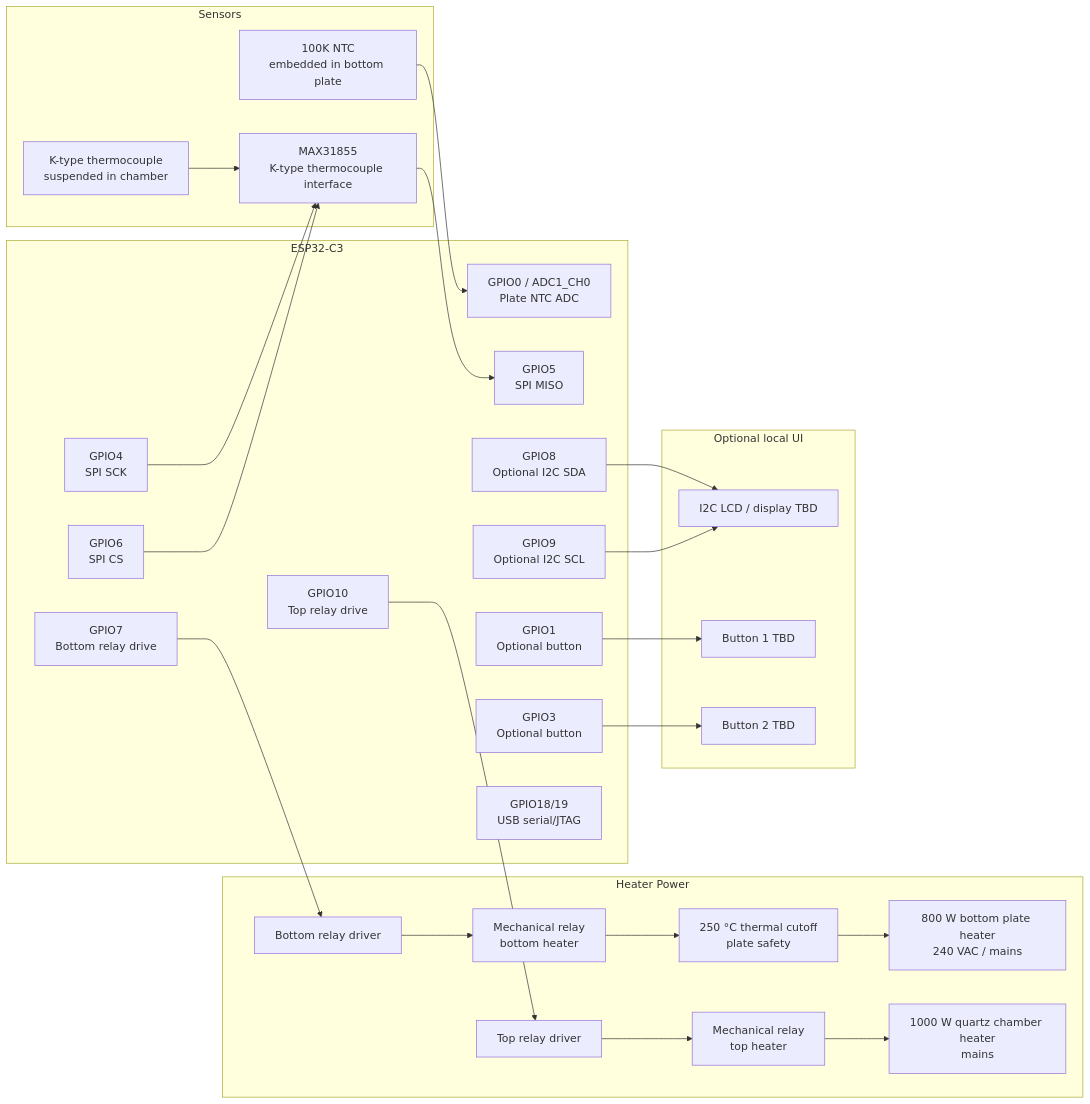
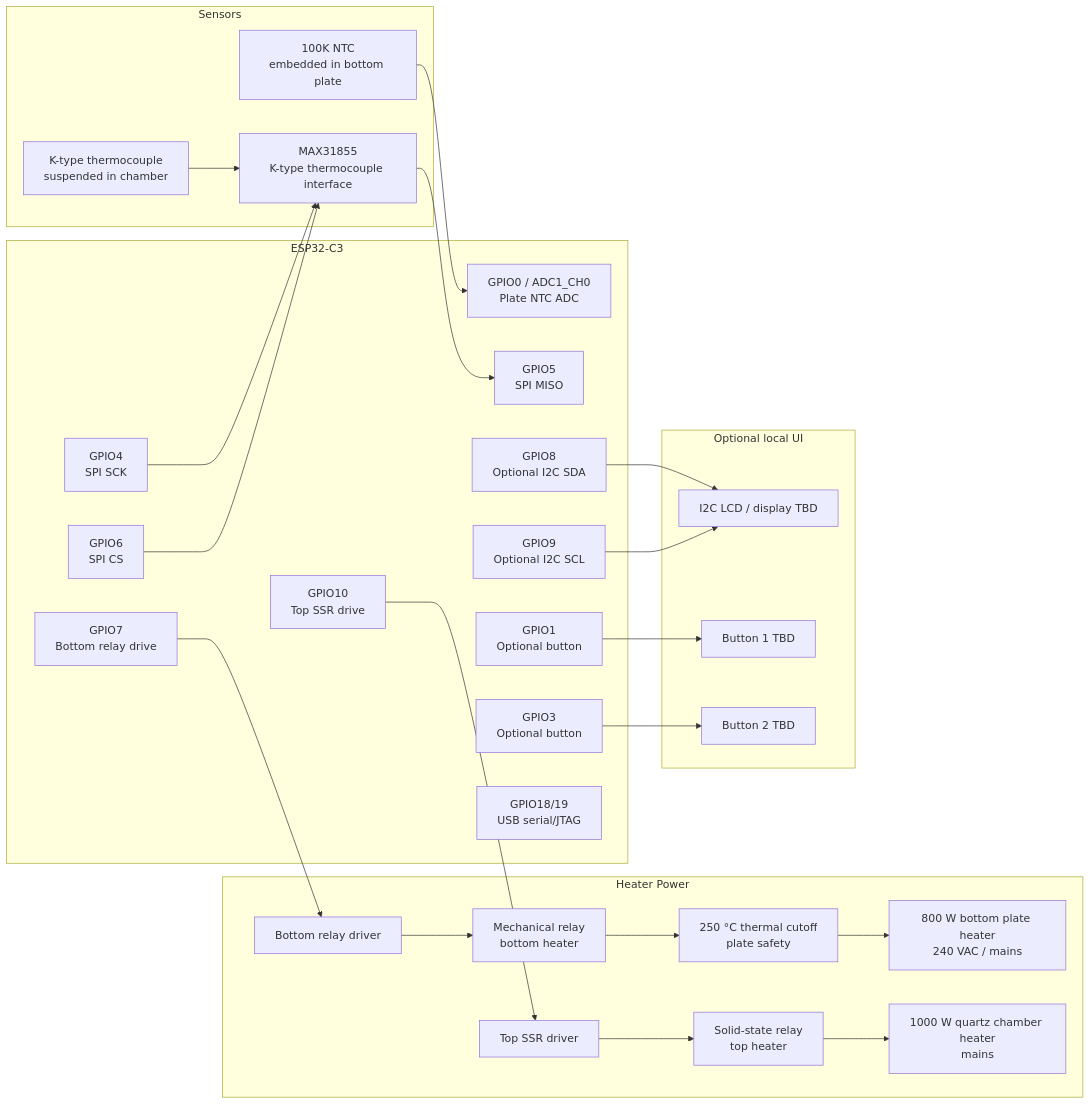
The diagram in docs/hardware.md (dodomarg/Pita-flow), drawn with Mermaid before and after one commit. The commit also changed other lines of this file, not shown here.

Commit message:
docs: bottom heater uses mechanical relay, top heater uses SSR

````diff
--- a/docs/hardware.md
+++ b/docs/hardware.md
@@ -73,52 +85,52 @@
 ```mermaid
 flowchart LR
     subgraph MCU[ESP32-C3]
         GPIO0[GPIO0 / ADC1_CH0\nPlate NTC ADC]
         GPIO4[GPIO4\nSPI SCK]
         GPIO5[GPIO5\nSPI MISO]
         GPIO6[GPIO6\nSPI CS]
         GPIO7[GPIO7\nBottom relay drive]
-        GPIO10[GPIO10\nTop relay drive]
+        GPIO10[GPIO10\nTop SSR drive]
         GPIO8[GPIO8\nOptional I2C SDA]
         GPIO9[GPIO9\nOptional I2C SCL]
         GPIO1[GPIO1\nOptional button]
         GPIO3[GPIO3\nOptional button]
         USB[GPIO18/19\nUSB serial/JTAG]
     end
 
     subgraph Sensors[Sensors]
         NTC[100K NTC\nembedded in bottom plate]
         MAX[MAX31855\nK-type thermocouple interface]
         TC[K-type thermocouple\nsuspended in chamber]
     end
 
     subgraph Power[Heater Power]
         BRD[Bottom relay driver]
-        TRD[Top relay driver]
+        TRD[Top SSR driver]
         BR[Mechanical relay\nbottom heater]
-        TR[Mechanical relay\ntop heater]
+        TR[Solid-state relay\ntop heater]
         BH[800 W bottom plate heater\n240 VAC / mains]
         TH[1000 W quartz chamber heater\nmains]
         CUTOFF[250 °C thermal cutoff\nplate safety]
     end
 
     subgraph OptionalUI[Optional local UI]
         LCD[I2C LCD / display TBD]
         B1[Button 1 TBD]
         B2[Button 2 TBD]
     end
 
     NTC --> GPIO0
     GPIO4 --> MAX
     MAX --> GPIO5
     GPIO6 --> MAX
     TC --> MAX
 
     GPIO7 --> BRD --> BR --> CUTOFF --> BH
     GPIO10 --> TRD --> TR --> TH
 
     GPIO8 --> LCD
     GPIO9 --> LCD
     GPIO1 --> B1
     GPIO3 --> B2
 ```
````
